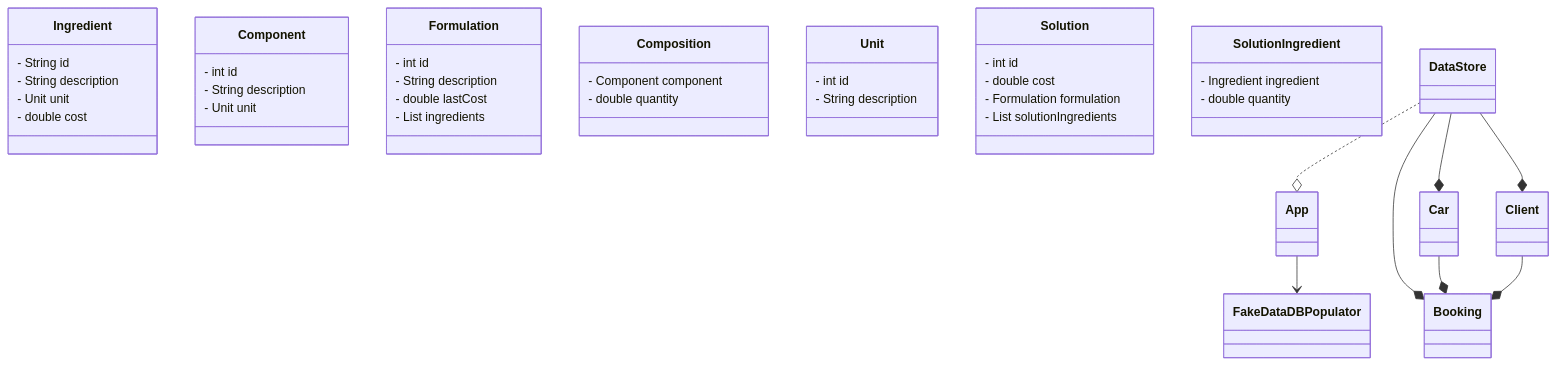
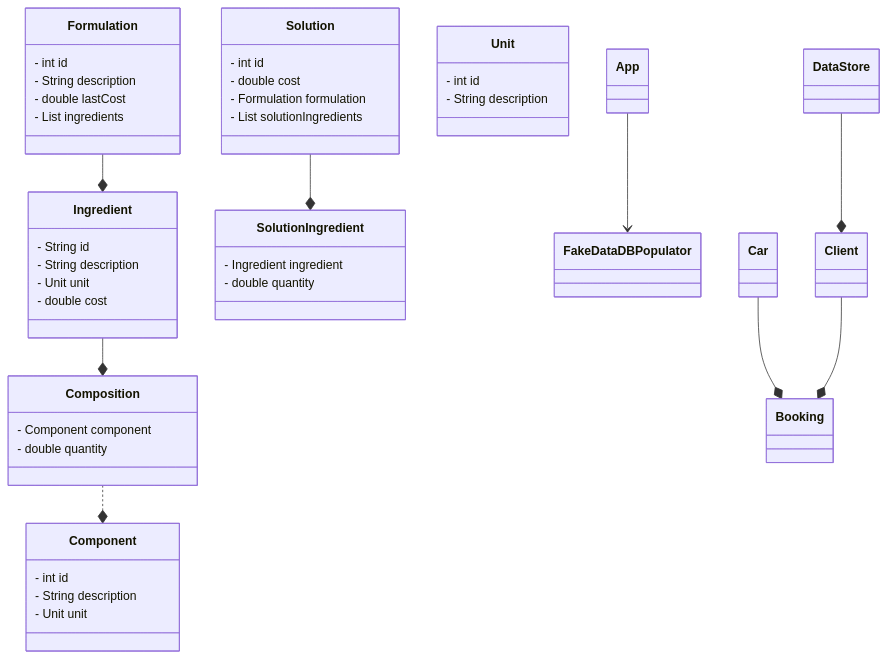
Before and after one commit to cvilafer/Formulations: the diagram in docs/uml.md, drawn with Mermaid. The commit also changed other lines of this file, not shown here.

Commit message:
Revise UML Data Model and Class Relationships
Reorganized UML data model and added relationships between classes.

````diff
--- a/docs/uml.md
+++ b/docs/uml.md
@@ -121,63 +118,64 @@
 ```mermaid
 classDiagram
     class App {
 
     } 
 
     class Ingredient{
       - String id
       - String description
       - Unit unit
       - double cost    
     }
     class Component{
         - int id
     - String description
     - Unit unit
     }
     class Formulation{
         - int id
     - String description
     - double lastCost
     - List<Ingredient> ingredients
 
 
     }
 
     class Composition {
 - Component component
     - double quantity
     }
 
     class Unit {
 
      - int id
     - String description
 
     }
 
     class Solution {
 
     - int id
     - double cost
     - Formulation formulation
     - List<SolutionIngredient> solutionIngredients
 
      }
 
 
  class SolutionIngredient {
 
     - Ingredient ingredient
     - double quantity
 }
 
 
     App --> FakeDataDBPopulator
-    DataStore ..o App
-    DataStore --* Car
-    DataStore --* Booking
+    Composition ..* Component
+    Formulation --* Ingredient
+    Ingredient --* Composition
+    Solution --* SolutionIngredient
     DataStore --* Client
     Car --* Booking
     Client --* Booking
 ```
````
